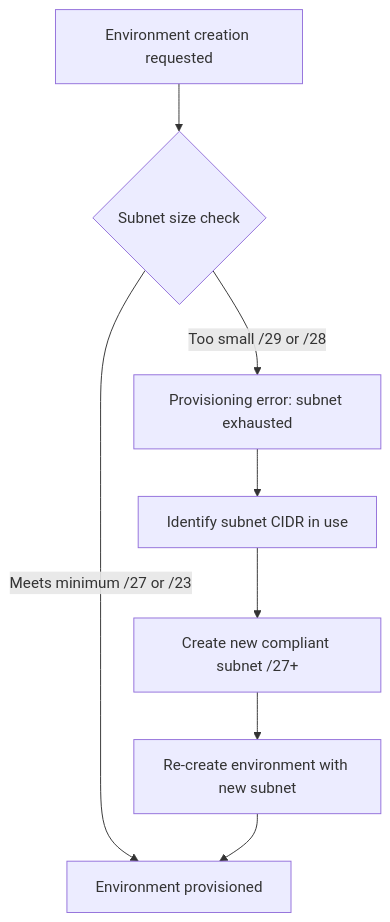
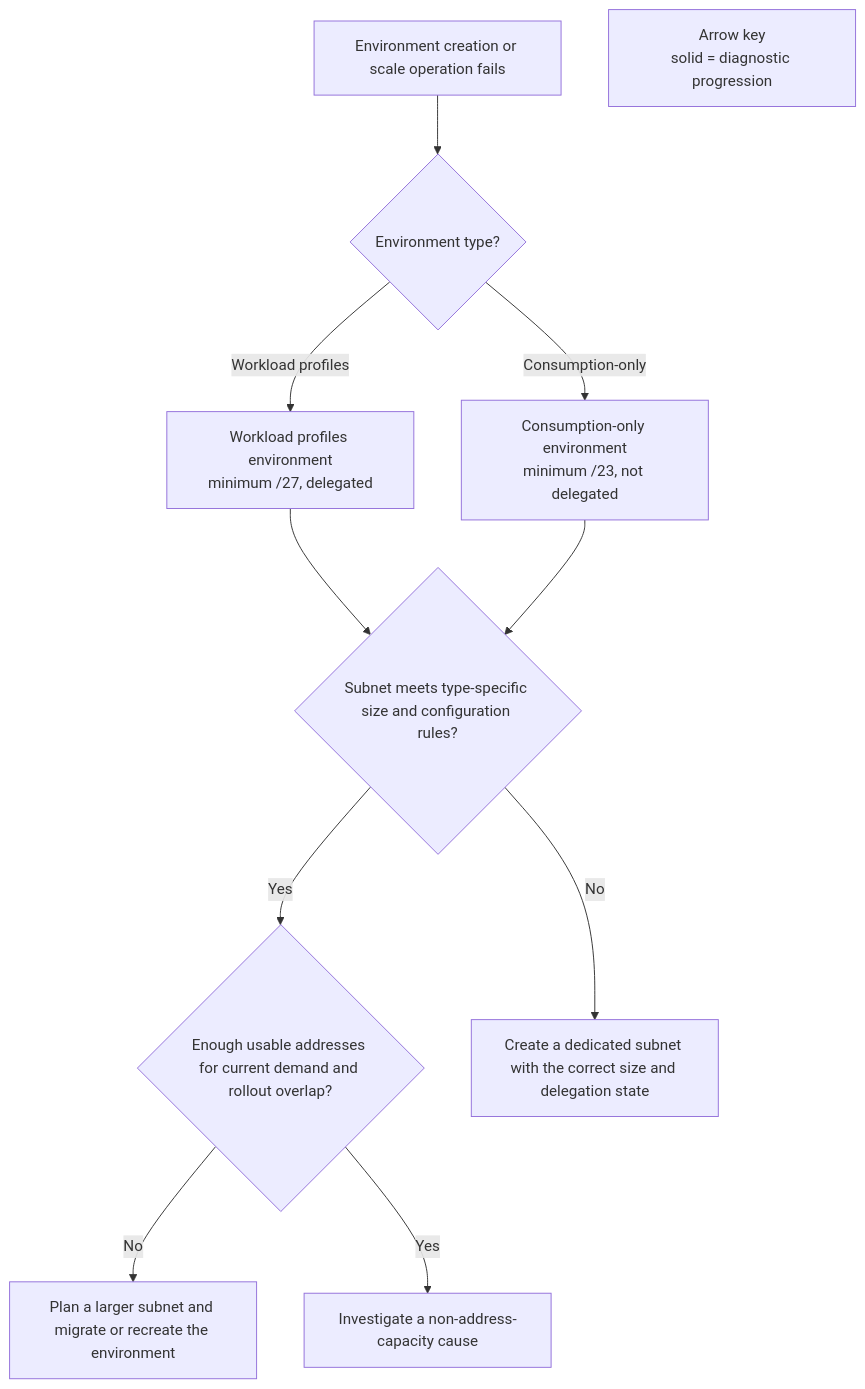
The diagram in docs/troubleshooting/playbooks/networking-advanced/subnet-cidr-exhaustion.md (yeongseon/azure-container-apps-practical-guide), drawn with Mermaid before and after one commit. The commit also changed other lines of this file and 23 other files, not shown here.

First line of the commit message:
docs(diagrams): migrate troubleshooting playbook diagrams (#626)

````diff
--- a/docs/troubleshooting/playbooks/networking-advanced/subnet-cidr-exhaustion.md
+++ b/docs/troubleshooting/playbooks/networking-advanced/subnet-cidr-exhaustion.md
@@ -26,10 +29,27 @@
 ```mermaid
 flowchart TD
-    A[Environment creation requested] --> B{Subnet size check}
-    B -->|Too small /29 or /28| C[Provisioning error: subnet exhausted]
-    B -->|Meets minimum /27 or /23| D[Environment provisioned]
-    C --> E[Identify subnet CIDR in use]
-    E --> F[Create new compliant subnet /27+]
-    F --> G[Re-create environment with new subnet]
-    G --> D
+    accTitle: Diagnose Container Apps subnet capacity
+    accDescr: Identify the environment type, compare the subnet with its documented minimum and delegation rules, then assess available addresses and rollout headroom.
+
+    FAILURE[Environment creation or scale operation fails]
+    TYPE{Environment type?}
+    WP[Workload profiles environment<br/>minimum /27, delegated]
+    CONSUMPTION[Consumption-only environment<br/>minimum /23, not delegated]
+    COMPLIANT{Subnet meets type-specific size and configuration rules?}
+    CAPACITY{Enough usable addresses for current demand and rollout overlap?}
+    CONFIG_FIX[Create a dedicated subnet with the correct size and delegation state]
+    GROW[Plan a larger subnet and migrate or recreate the environment]
+    OTHER[Investigate a non-address-capacity cause]
+
+    FAILURE --> TYPE
+    TYPE -->|Workload profiles| WP
+    TYPE -->|Consumption-only| CONSUMPTION
+    WP --> COMPLIANT
+    CONSUMPTION --> COMPLIANT
+    COMPLIANT -->|No| CONFIG_FIX
+    COMPLIANT -->|Yes| CAPACITY
+    CAPACITY -->|No| GROW
+    CAPACITY -->|Yes| OTHER
+
+    LEGEND["Arrow key<br/>solid = diagnostic progression"]
 ```
````
